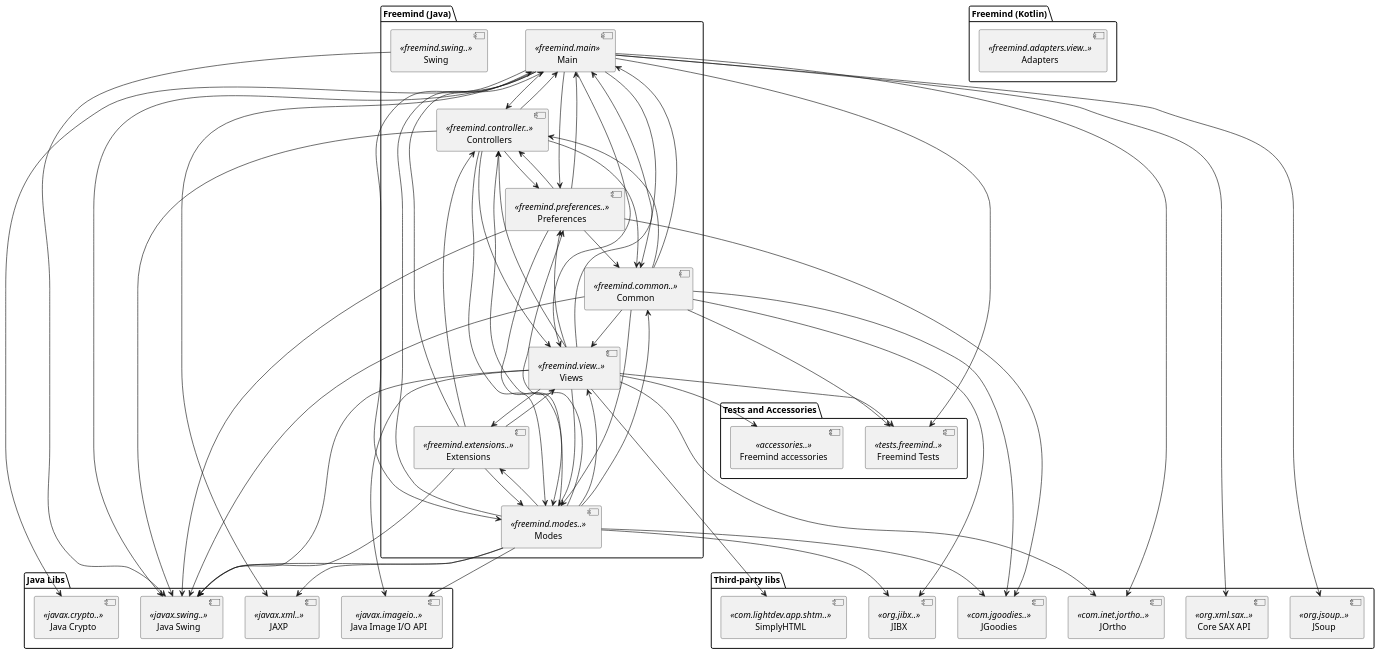
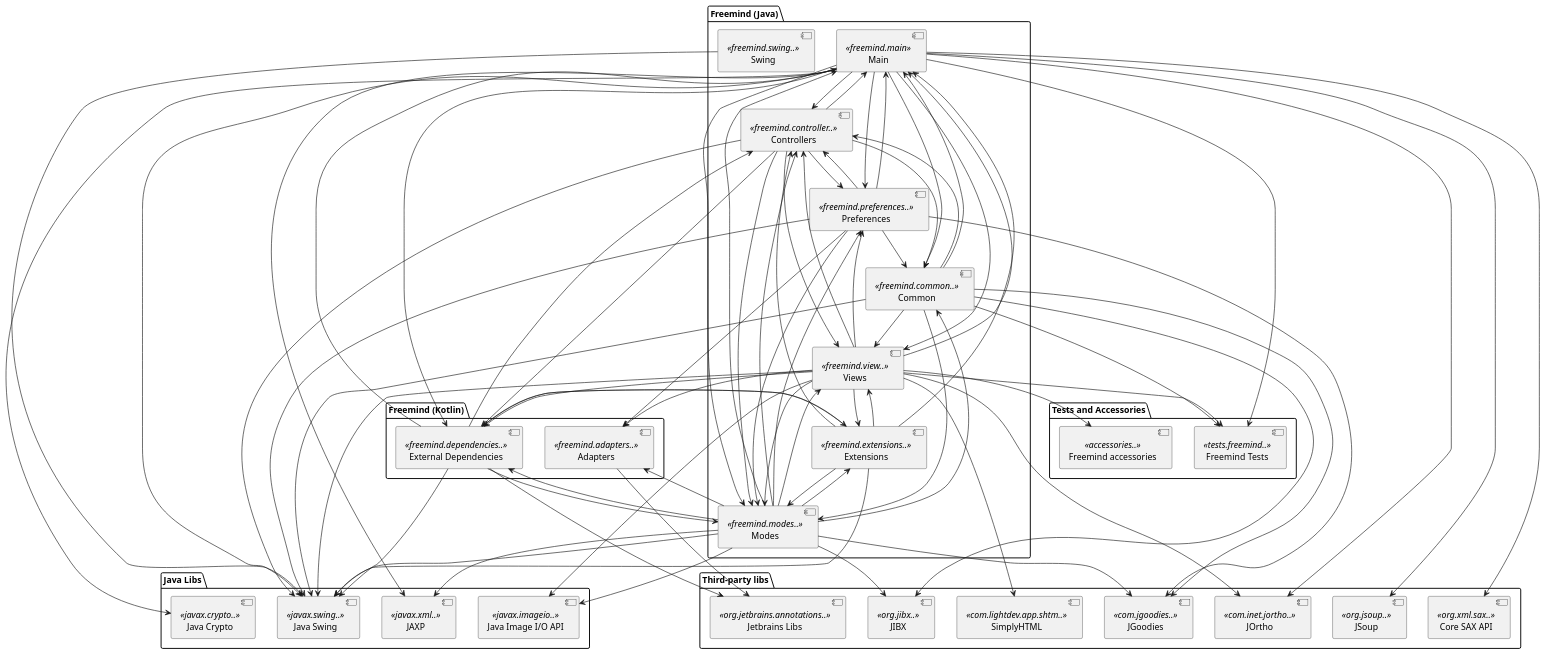
The diagram in uml/Freemind.puml (d4span/freemind-old), drawn with PlantUML before and after one commit. The commit also changed 12 other files, not shown here.

```diff
--- a/uml/Freemind.puml
+++ b/uml/Freemind.puml
@@ -1,107 +1,126 @@
 @startuml Freemind
 
 package "Freemind (Java)" {
     [Main] <<freemind.main>>
     [Controllers] <<freemind.controller..>>
     [Modes] <<freemind.modes..>>
     [Views] <<freemind.view..>>
     [Common] <<freemind.common..>>
     [Preferences] <<freemind.preferences..>>
     [Extensions] <<freemind.extensions..>>
     [Swing] <<freemind.swing..>>
 }
 
 package "Freemind (Kotlin)" {
-    [Adapters] <<freemind.adapters.view..>>
+    [Adapters] <<freemind.adapters..>>
+    [External Dependencies] <<freemind.dependencies..>>
 }
 
 package "Tests and Accessories" {
     [Freemind Tests] <<tests.freemind..>>
     [Freemind accessories] <<accessories..>>
 }
 
 package "Java Libs" {
     [Java Swing] <<javax.swing..>>
     [JAXP] <<javax.xml..>>
     [Java Crypto] <<javax.crypto..>>
     [Java Image I/O API] <<javax.imageio..>>
 }
 
 package "Third-party libs" {
     [JSoup] <<org.jsoup..>>
     [JOrtho] <<com.inet.jortho..>>
     [SimplyHTML] <<com.lightdev.app.shtm..>>
     [JIBX] <<org.jibx..>>
     [JGoodies] <<com.jgoodies..>>
     [Core SAX API] <<org.xml.sax..>>
+    [Jetbrains Libs] <<org.jetbrains.annotations..>>
 }
 
 [Swing] --> [Java Swing]
 
 [Common] --> [Main]
 [Common] --> [Modes]
 [Common] --> [Controllers]
 [Common] --> [Views]
 [Common] --> [Freemind Tests]
 [Common] --> [Java Swing]
 [Common] --> [JIBX]
 [Common] --> [JGoodies]
 
 [Controllers] --> [Views]
 [Controllers] --> [Common]
 [Controllers] --> [Main]
 [Controllers] --> [Modes]
+[Controllers] --> [External Dependencies]
 [Controllers] --> [Preferences]
 [Controllers] --> [Java Swing]
 
 [Extensions] --> [Main]
 [Extensions] --> [Views]
 [Extensions] --> [Controllers]
+[Extensions] --> [External Dependencies]
 [Extensions] --> [Modes]
 [Extensions] --> [Java Swing]
 
 [Views] --> [Controllers]
 [Views] --> [Extensions]
 [Views] --> [Freemind accessories]
 [Views] --> [Freemind Tests]
+[Views] --> [External Dependencies]
+[Views] --> [Adapters]
 [Views] --> [Java Swing]
 [Views] --> [Java Image I/O API]
 [Views] --> [Modes]
 [Views] --> [Main]
 [Views] --> [Preferences]
 [Views] --> [JOrtho]
 [Views] --> [SimplyHTML]
 
 [Preferences] --> [Common]
 [Preferences] --> [Main]
 [Preferences] --> [Modes]
+[Preferences] --> [Adapters]
 [Preferences] --> [JGoodies]
 [Preferences] --> [Controllers]
 [Preferences] --> [Java Swing]
 
 [Modes] --> [Preferences]
 [Modes] --> [Controllers]
 [Modes] --> [Views]
 [Modes] --> [Main]
+[Modes] --> [External Dependencies]
+[Modes] --> [Adapters]
 [Modes] --> [Extensions]
 [Modes] --> [Common]
 [Modes] --> [Java Swing]
 [Modes] --> [JAXP]
 [Modes] --> [JIBX]
 [Modes] --> [Java Image I/O API]
 [Modes] --> [JGoodies]
 
 [Main] --> [Preferences]
 [Main] --> [Common]
 [Main] --> [Views]
 [Main] --> [Controllers]
 [Main] --> [Modes]
+[Main] --> [External Dependencies]
 [Main] --> [Java Swing]
 [Main] --> [JSoup]
 [Main] --> [JAXP]
 [Main] --> [Java Crypto]
 [Main] --> [JOrtho]
 [Main] --> [Core SAX API]
 [Main] --> [Freemind Tests]
 
+[Adapters] --> [Jetbrains Libs]
+
+[External Dependencies] --> [Modes]
+[External Dependencies] --> [Controllers]
+[External Dependencies] --> [Main]
+[External Dependencies] --> [Extensions]
+[External Dependencies] --> [Jetbrains Libs]
+[External Dependencies] --> [Java Swing]
+
 @enduml
```
